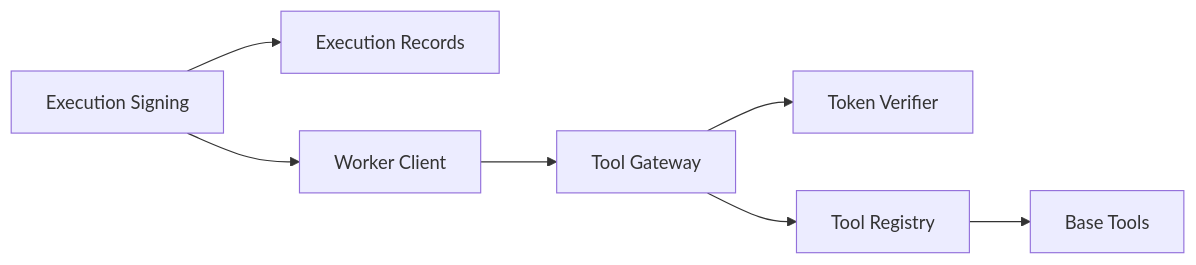
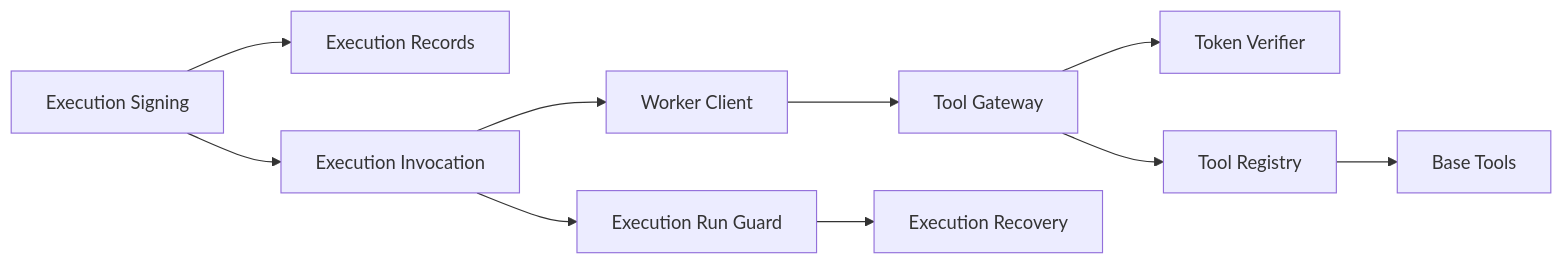
The fifth of 5 diagrams in .qoder/repowiki/en/content/Core Services/Agent Platform/Tool Execution Coordination.md (metasync/luban-aiops), drawn with Mermaid before and after one commit. The commit also changed other lines of this file and 19 other files, not shown here.

````diff
--- a/.qoder/repowiki/en/content/Core Services/Agent Platform/Tool Execution Coordination.md
+++ b/.qoder/repowiki/en/content/Core Services/Agent Platform/Tool Execution Coordination.md
@@ -340,9 +354,12 @@
 ```mermaid
 graph LR
 ES["Execution Signing"] --> ER["Execution Records"]
-ES --> WC["Worker Client"]
+ES --> INV["Execution Invocation"]
+INV --> RG["Execution Run Guard"]
+INV --> WC["Worker Client"]
 WC --> GW["Tool Gateway"]
 GW --> TV["Token Verifier"]
 GW --> REG["Tool Registry"]
 REG --> BASE["Base Tools"]
+RG --> REC["Execution Recovery"]
 ```
````
